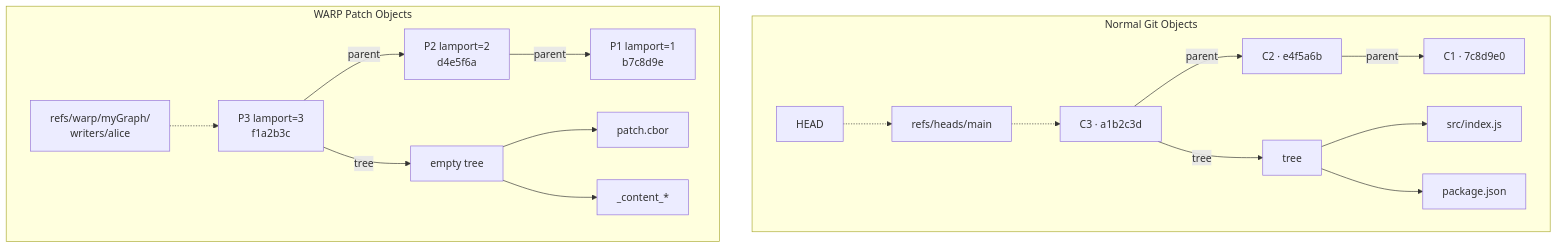
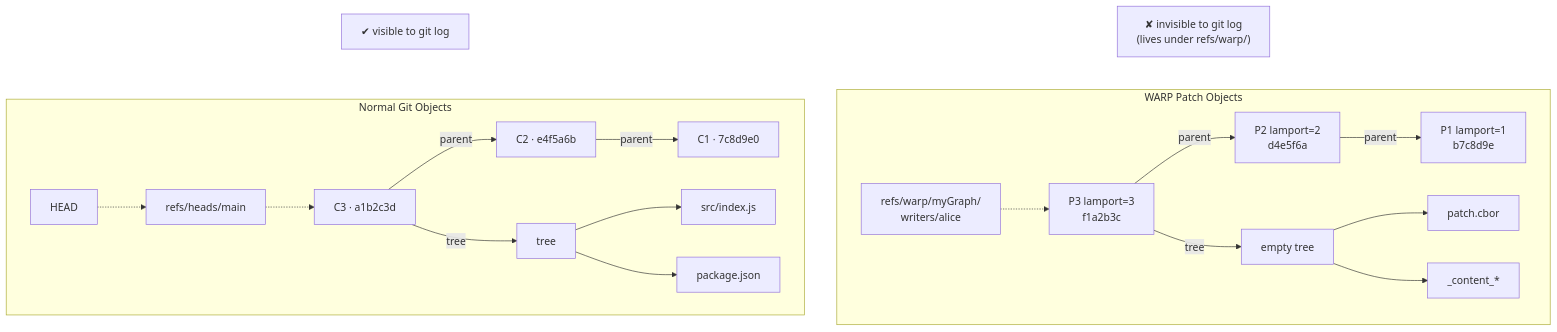
The first of 3 diagrams in README.md (git-stunts/git-warp), drawn with Mermaid before and after one commit. The commit also changed 4 other files, not shown here.

First line of the commit message:
fix(docs): restore lost detail in Mermaid diagrams

````diff
--- a/README.md
+++ b/README.md
@@ -58,21 +58,26 @@
 ```mermaid
 flowchart TB
     subgraph normal["Normal Git Objects"]
         h["HEAD"] -.-> m["refs/heads/main"]
         m -.-> c3["C3 · a1b2c3d"]
         c3 -->|parent| c2["C2 · e4f5a6b"]
         c2 -->|parent| c1["C1 · 7c8d9e0"]
         c3 -->|tree| t3["tree"]
         t3 --> src["src/index.js"]
         t3 --> pkg["package.json"]
     end
 
     subgraph warp["WARP Patch Objects"]
         wr["refs/warp/myGraph/<br/>writers/alice"] -.-> p3["P3 lamport=3<br/>f1a2b3c"]
         p3 -->|parent| p2["P2 lamport=2<br/>d4e5f6a"]
         p2 -->|parent| p1["P1 lamport=1<br/>b7c8d9e"]
         p3 -->|tree| wt["empty tree"]
         wt --> pc["patch.cbor"]
         wt --> cc["_content_*"]
     end
+
+    vis1["✔ visible to git log"]
+    vis2["✘ invisible to git log<br/>(lives under refs/warp/)"]
+    vis1 ~~~ normal
+    vis2 ~~~ warp
 ```
````
